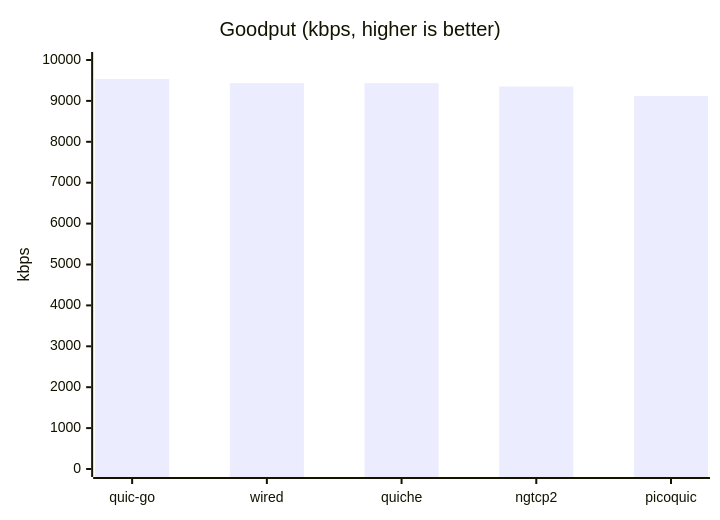
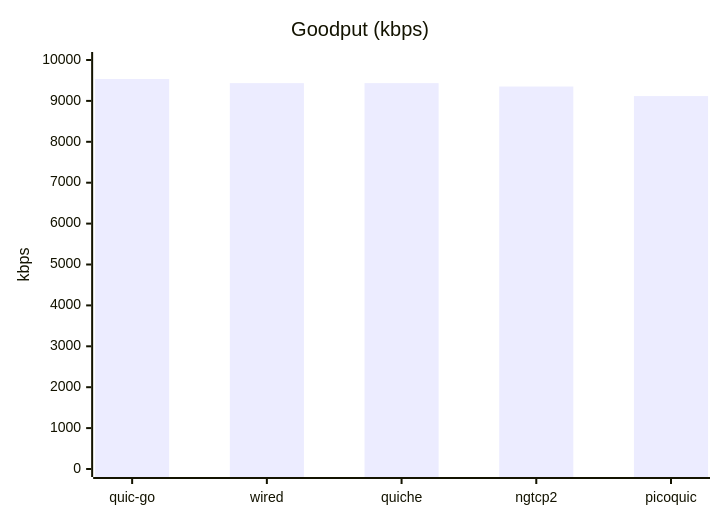
One commit to Hakkadaikon/wired changed the first of 3 diagrams in docs/performance/comparison.md. Above: the diagram before and after it, drawn with Mermaid. The commit also changed other lines of this file and 8 other files, not shown here.

````diff
--- a/docs/performance/comparison.md
+++ b/docs/performance/comparison.md
@@ -53,7 +77,7 @@
 ```mermaid
 xychart-beta
-    title "Goodput (kbps, higher is better)"
+    title "Goodput (kbps)"
     x-axis ["quic-go", "wired", "quiche", "ngtcp2", "picoquic"]
     y-axis "kbps" 0 --> 10000
     bar [9535, 9434, 9434, 9352, 9118]
 ```
````
